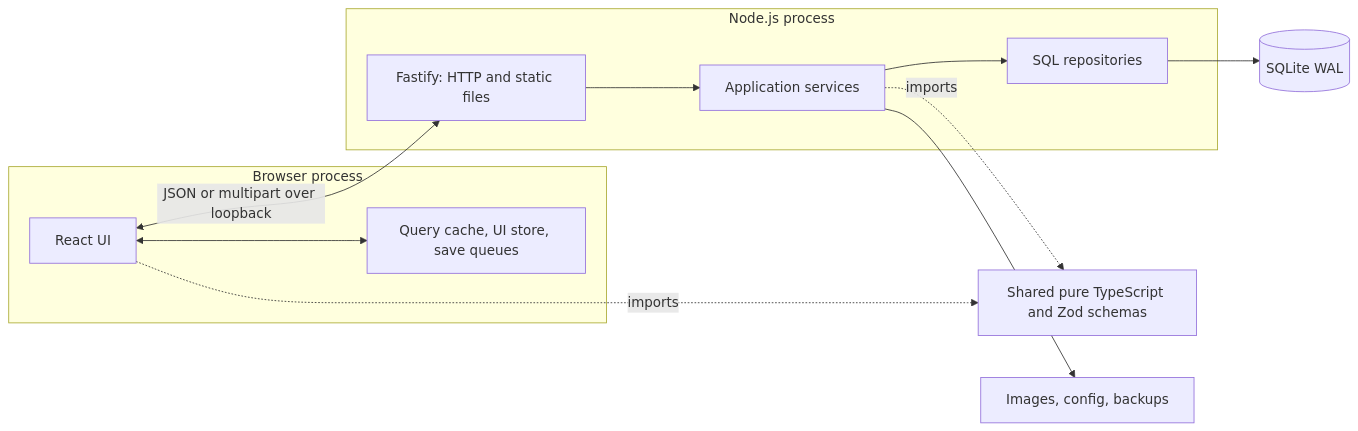
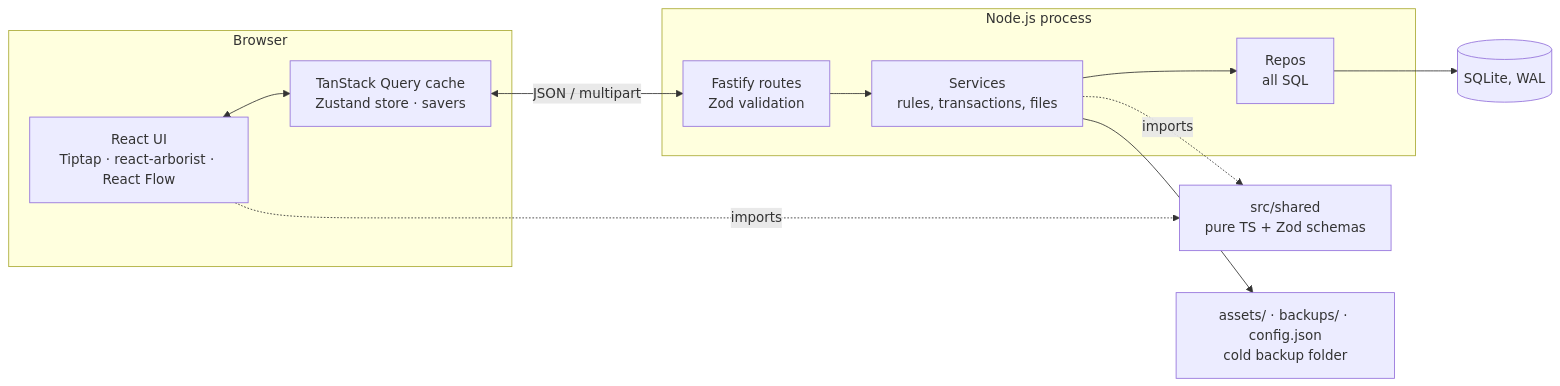
One commit to MINGYISU/NovelStudio changed the first of 5 diagrams in docs/DEVELOPER_ARCHITECTURE.md. Above: the diagram before and after it, drawn with Mermaid. The commit also changed other lines of this file, not shown here.

First line of the commit message:
Streamline developer architecture guide

````diff
--- a/docs/DEVELOPER_ARCHITECTURE.md
+++ b/docs/DEVELOPER_ARCHITECTURE.md
@@ -43,20 +23,20 @@
 ```mermaid
 flowchart LR
-    subgraph Browser[Browser process]
-        React[React UI]
-        State[Query cache, UI store, save queues]
-        React <--> State
+    subgraph Browser
+        UI[React UI<br/>Tiptap · react-arborist · React Flow]
+        Cache[TanStack Query cache<br/>Zustand store · savers]
+        UI <--> Cache
     end
-    subgraph Server[Node.js process]
-        Fastify[Fastify: HTTP and static files]
-        Services[Application services]
-        Repos[SQL repositories]
-        Fastify --> Services --> Repos
+    subgraph Node[Node.js process]
+        Routes[Fastify routes<br/>Zod validation]
+        Services[Services<br/>rules, transactions, files]
+        Repos[Repos<br/>all SQL]
+        Routes --> Services --> Repos
     end
-    Shared[Shared pure TypeScript and Zod schemas]
-    React -. imports .-> Shared
-    Services -. imports .-> Shared
-    React <-->|JSON or multipart over loopback| Fastify
-    Repos --> SQLite[(SQLite WAL)]
-    Services --> Files[Images, config, backups]
+    Shared[src/shared<br/>pure TS + Zod schemas]
+    Cache <-->|JSON / multipart| Routes
+    UI -.imports.-> Shared
+    Services -.imports.-> Shared
+    Repos --> DB[(SQLite, WAL)]
+    Services --> Files[assets/ · backups/ · config.json<br/>cold backup folder]
 ```
````
